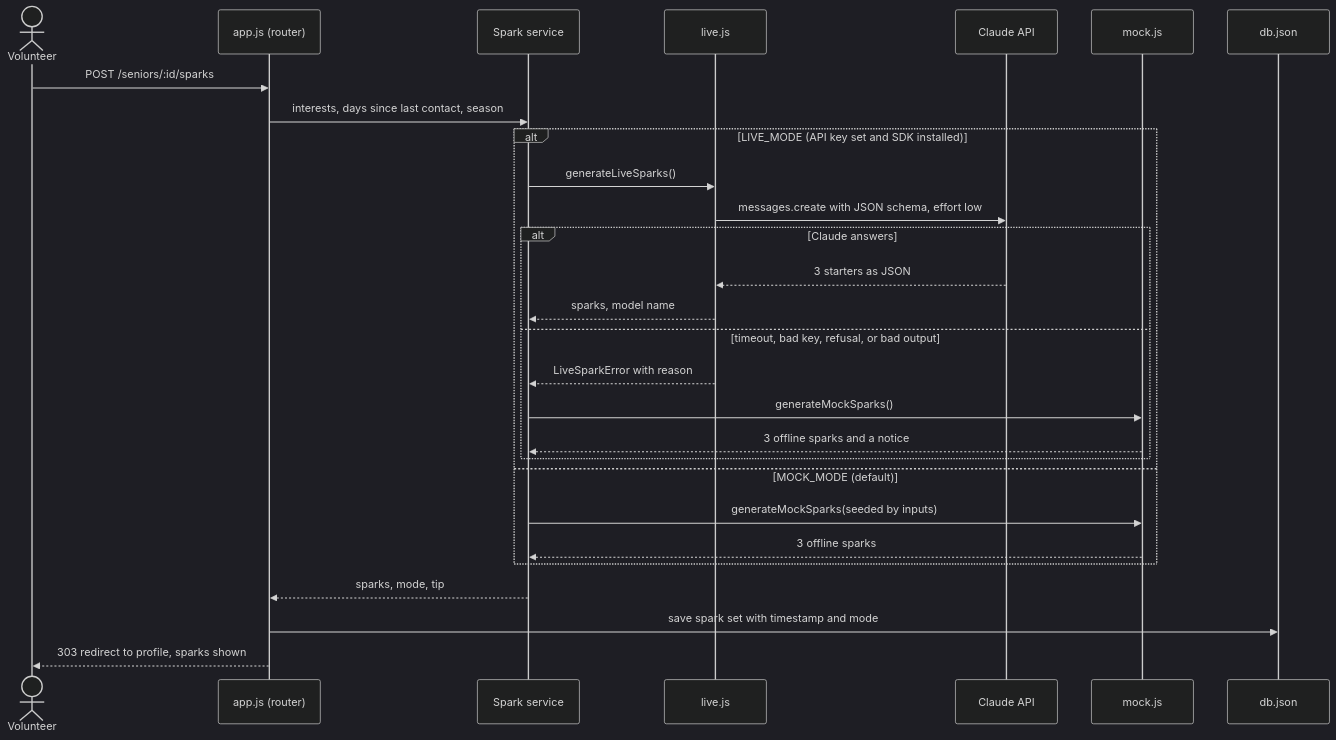
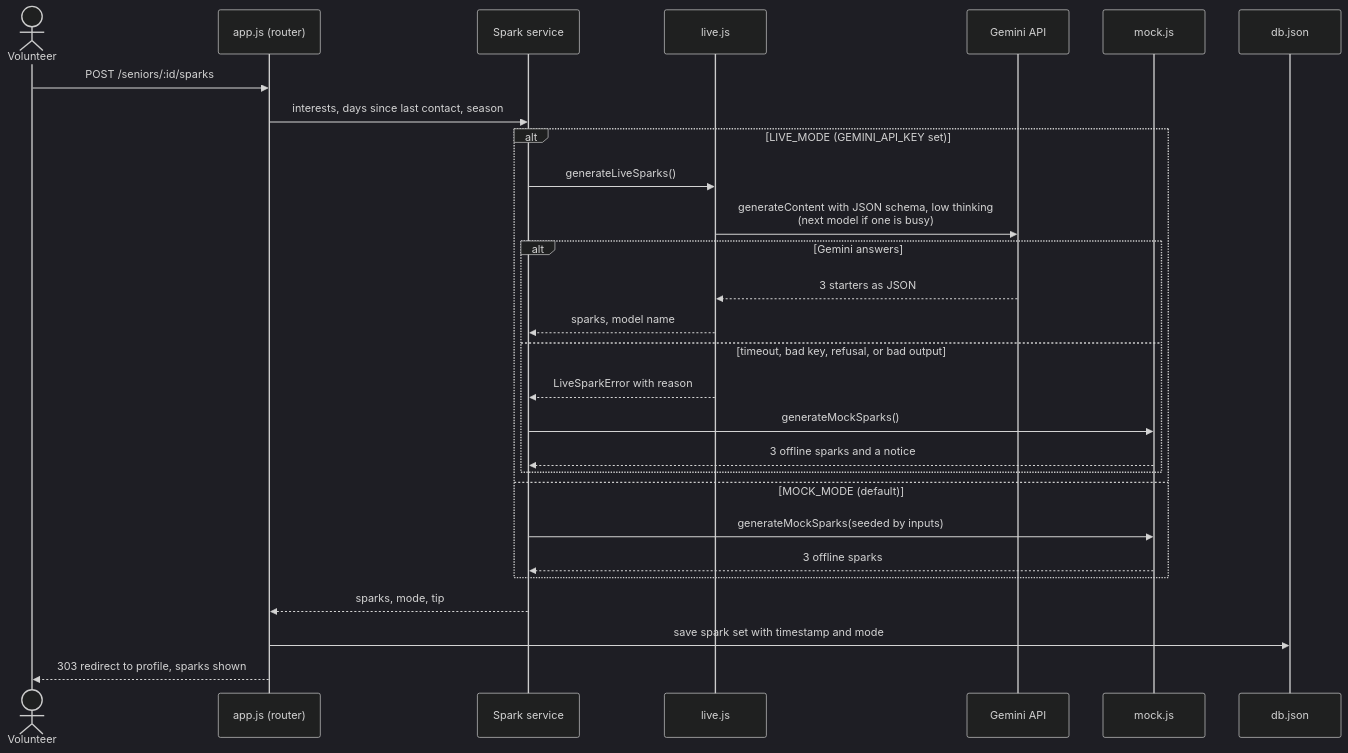
One commit to CyberCoder-bit/PorchLight changed the third of 5 diagrams in docs/architecture-diagram.md. Above: the diagram before and after it, drawn with Mermaid (dark theme). The commit also changed other lines of this file and 38 other files, not shown here.

First line of the commit message:
Switch live AI from Claude to Gemini's free tier

````diff
--- a/docs/architecture-diagram.md
+++ b/docs/architecture-diagram.md
@@ -100,31 +100,31 @@
 ```mermaid
 sequenceDiagram
   actor V as Volunteer
   participant App as app.js (router)
   participant Svc as Spark service
   participant Live as live.js
-  participant API as Claude API
+  participant API as Gemini API
   participant Mock as mock.js
   participant DB as db.json
 
   V->>App: POST /seniors/:id/sparks
   App->>Svc: interests, days since last contact, season
-  alt LIVE_MODE (API key set and SDK installed)
+  alt LIVE_MODE (GEMINI_API_KEY set)
     Svc->>Live: generateLiveSparks()
-    Live->>API: messages.create with JSON schema, effort low
-    alt Claude answers
+    Live->>API: generateContent with JSON schema, low thinking<br/>(next model if one is busy)
+    alt Gemini answers
       API-->>Live: 3 starters as JSON
       Live-->>Svc: sparks, model name
     else timeout, bad key, refusal, or bad output
       Live-->>Svc: LiveSparkError with reason
       Svc->>Mock: generateMockSparks()
       Mock-->>Svc: 3 offline sparks and a notice
     end
   else MOCK_MODE (default)
     Svc->>Mock: generateMockSparks(seeded by inputs)
     Mock-->>Svc: 3 offline sparks
   end
   Svc-->>App: sparks, mode, tip
   App->>DB: save spark set with timestamp and mode
   App-->>V: 303 redirect to profile, sparks shown
 ```
````
